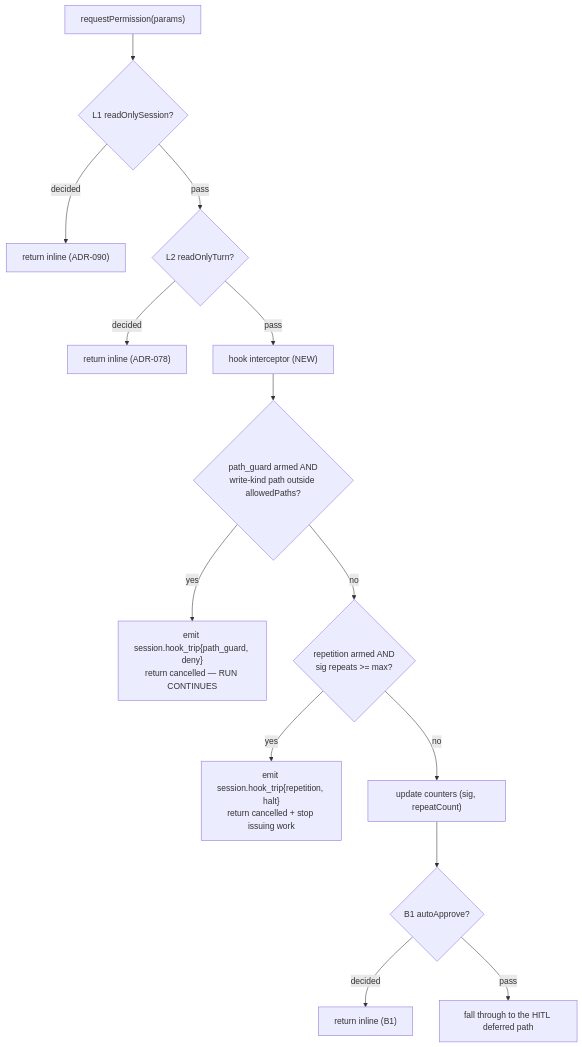
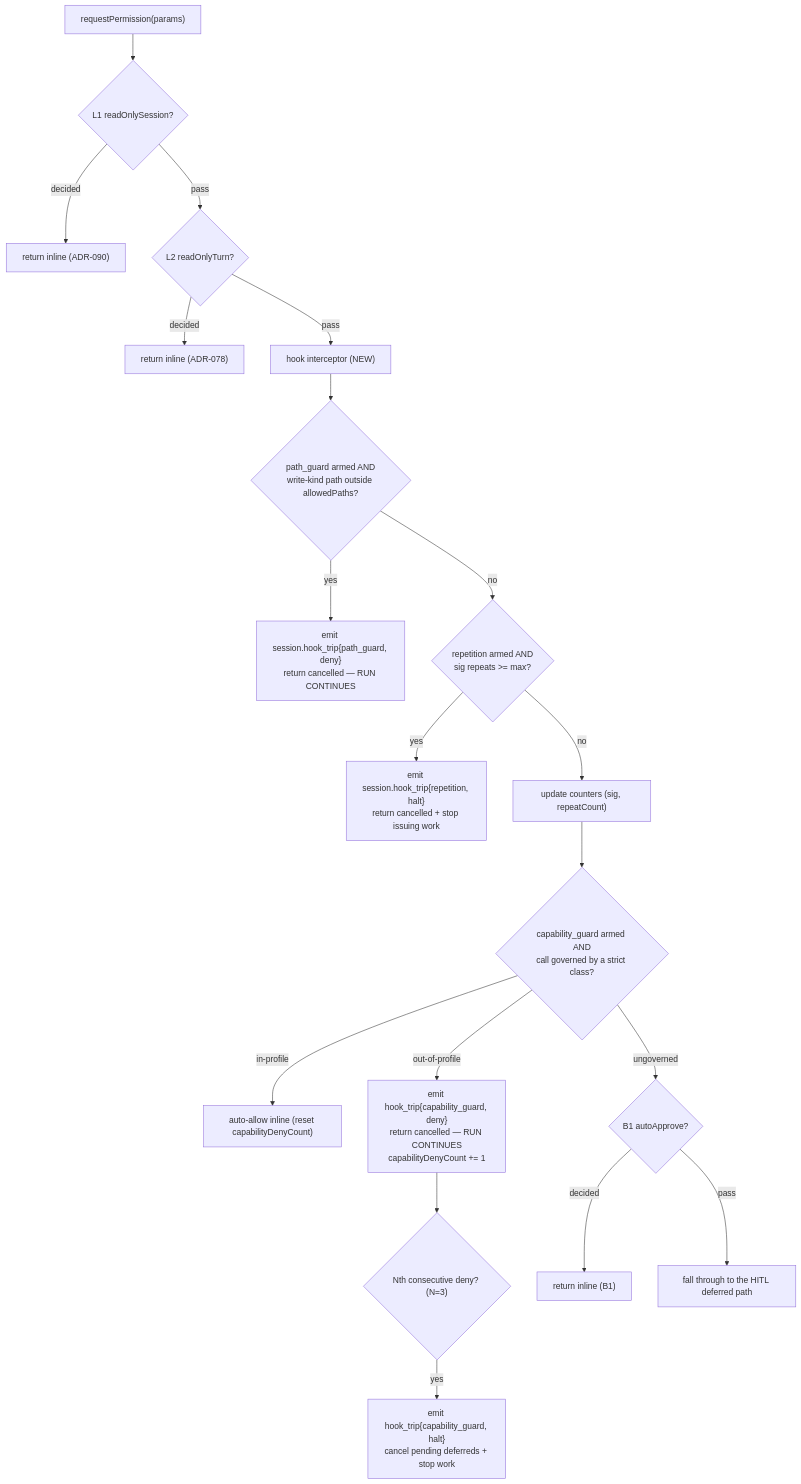
The third of 5 diagrams in docs/system-analytics/guardrail-hooks.md (maister-dev/maister), drawn with Mermaid before and after one commit. The commit also changed other lines of this file and 11 other files, not shown here.

First line of the commit message:
docs(enforcement): ADR-129 + SDD for adapter-agnostic capability_guard (M14 flip)

````diff
--- a/docs/system-analytics/guardrail-hooks.md
+++ b/docs/system-analytics/guardrail-hooks.md
@@ -172,16 +261,21 @@
 ```mermaid
 flowchart TD
   P["requestPermission(params)"] --> L1{"L1 readOnlySession?"}
   L1 -- "decided" --> R1["return inline (ADR-090)"]
   L1 -- "pass" --> L2{"L2 readOnlyTurn?"}
   L2 -- "decided" --> R2["return inline (ADR-078)"]
   L2 -- "pass" --> HK["hook interceptor (NEW)"]
   HK --> PG{"path_guard armed AND<br/>write-kind path outside allowedPaths?"}
   PG -- "yes" --> DENY["emit session.hook_trip{path_guard, deny}<br/>return cancelled — RUN CONTINUES"]
   PG -- "no" --> RP{"repetition armed AND<br/>sig repeats >= max?"}
   RP -- "yes" --> HALT["emit session.hook_trip{repetition, halt}<br/>return cancelled + stop issuing work"]
   RP -- "no" --> UPD["update counters (sig, repeatCount)"]
-  UPD --> B1{"B1 autoApprove?"}
+  UPD --> CG{"capability_guard armed AND<br/>call governed by a strict class?"}
+  CG -- "in-profile" --> CGA["auto-allow inline (reset capabilityDenyCount)"]
+  CG -- "out-of-profile" --> CGD["emit hook_trip{capability_guard, deny}<br/>return cancelled — RUN CONTINUES<br/>capabilityDenyCount += 1"]
+  CGD --> CGN{"Nth consecutive deny? (N=3)"}
+  CGN -- "yes" --> CGH["emit hook_trip{capability_guard, halt}<br/>cancel pending deferreds + stop work"]
+  CG -- "ungoverned" --> B1{"B1 autoApprove?"}
   B1 -- "decided" --> R3["return inline (B1)"]
   B1 -- "pass" --> HITL["fall through to the HITL deferred path"]
 ```
````
